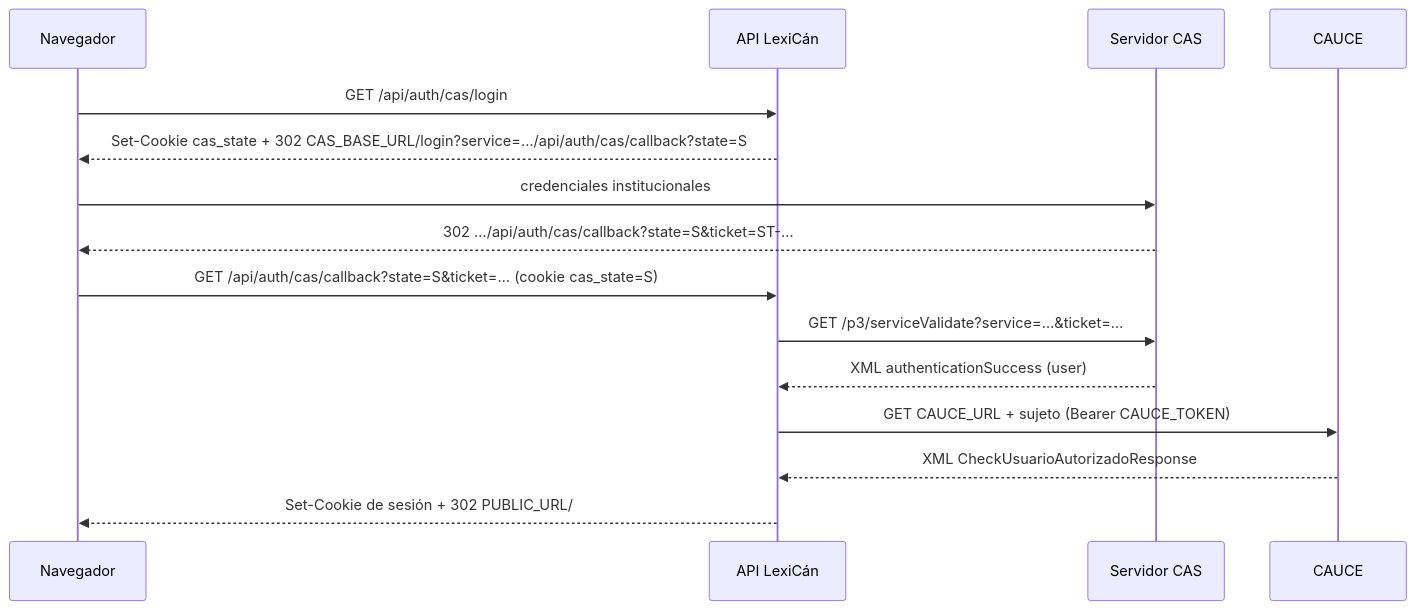
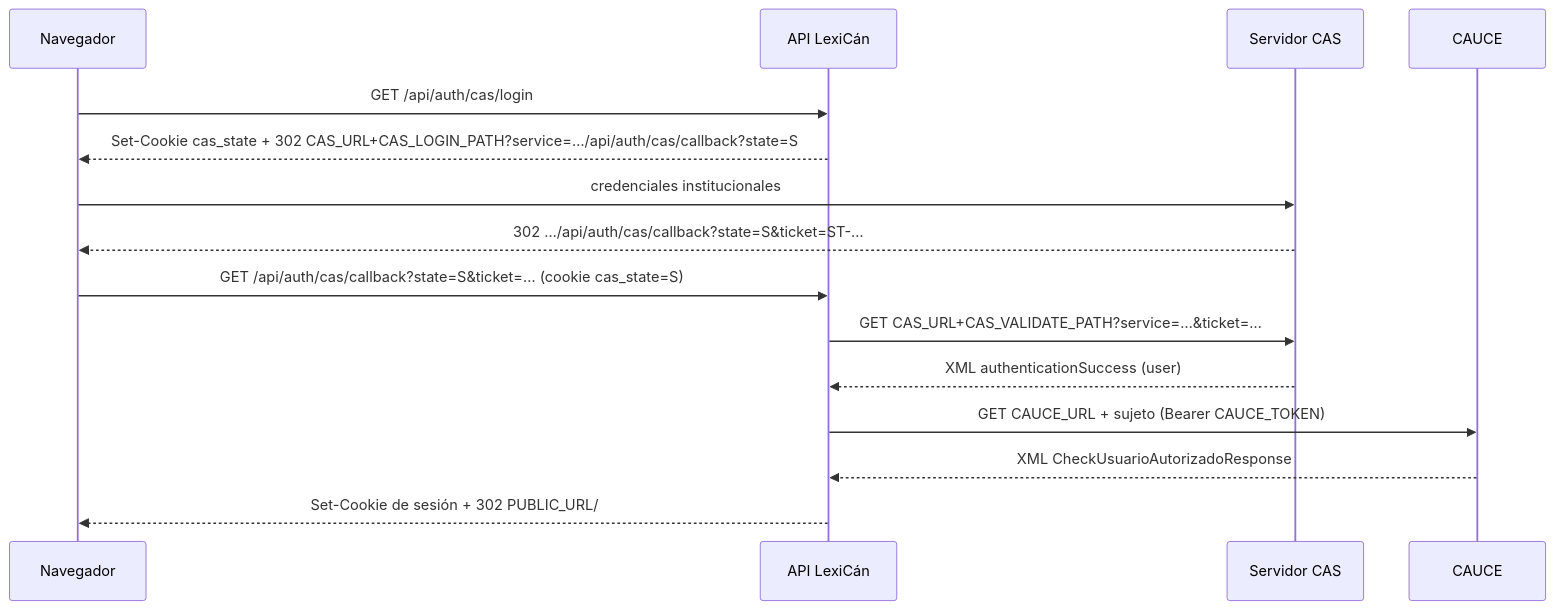
Before and after one commit to ateeducacion/lexican: the diagram in docs/AUTHENTICATION.md, drawn with Mermaid. The commit also changed other lines of this file and 16 other files, not shown here.

````diff
--- a/docs/AUTHENTICATION.md
+++ b/docs/AUTHENTICATION.md
@@ -16,17 +18,17 @@
 ```mermaid
 sequenceDiagram
   participant N as Navegador
   participant A as API LexiCán
   participant C as Servidor CAS
   participant D as CAUCE
   N->>A: GET /api/auth/cas/login
-  A-->>N: Set-Cookie cas_state + 302 CAS_BASE_URL/login?service=…/api/auth/cas/callback?state=S
+  A-->>N: Set-Cookie cas_state + 302 CAS_URL+CAS_LOGIN_PATH?service=…/api/auth/cas/callback?state=S
   N->>C: credenciales institucionales
   C-->>N: 302 …/api/auth/cas/callback?state=S&ticket=ST-…
   N->>A: GET /api/auth/cas/callback?state=S&ticket=… (cookie cas_state=S)
-  A->>C: GET /p3/serviceValidate?service=…&ticket=…
+  A->>C: GET CAS_URL+CAS_VALIDATE_PATH?service=…&ticket=…
   C-->>A: XML authenticationSuccess (user)
   A->>D: GET CAUCE_URL + sujeto (Bearer CAUCE_TOKEN)
   D-->>A: XML CheckUsuarioAutorizadoResponse
   A-->>N: Set-Cookie de sesión + 302 PUBLIC_URL/
 ```
````
